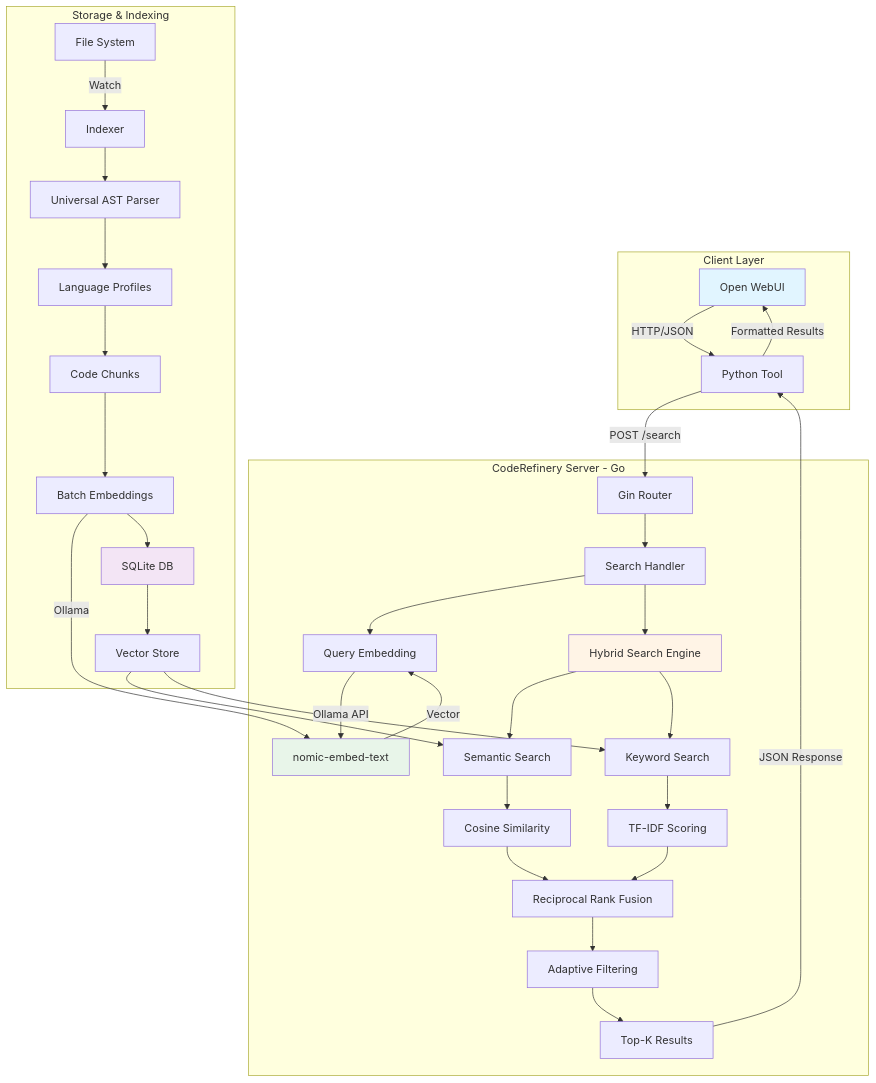
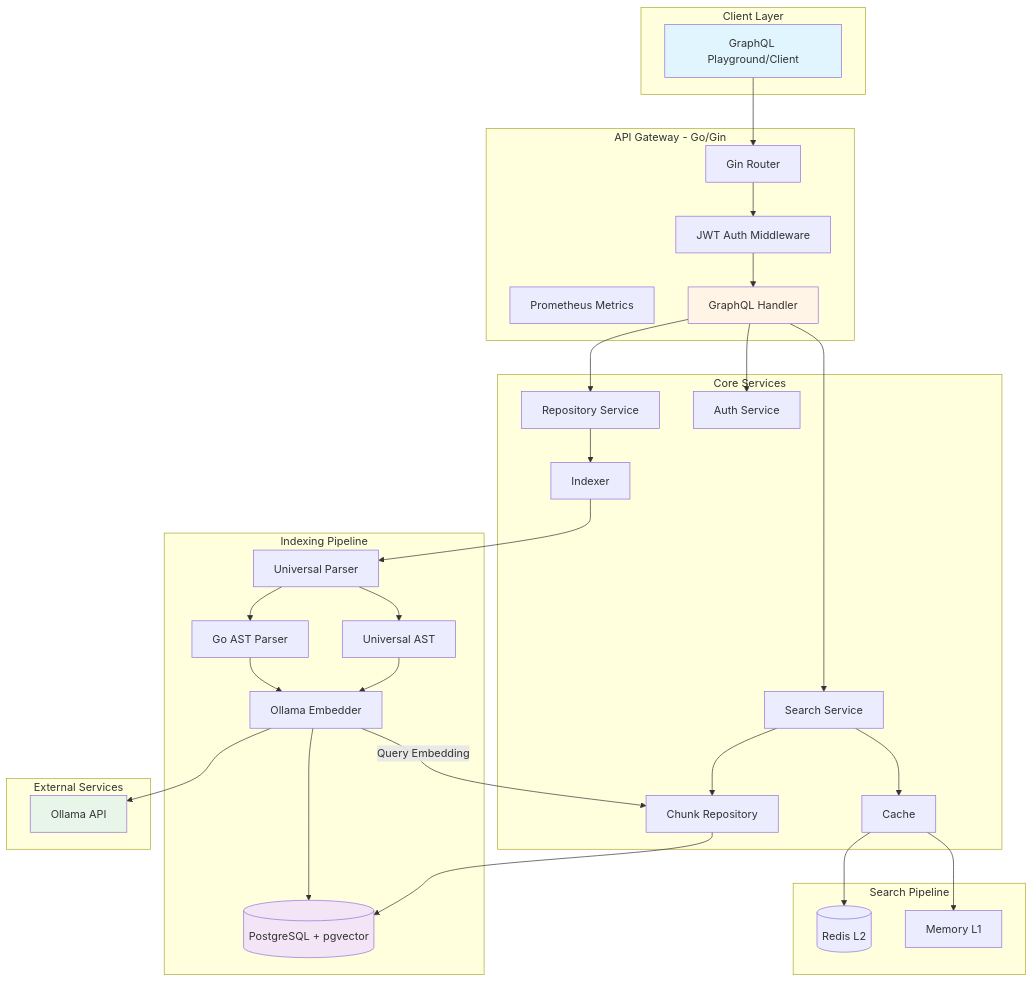
Before and after one commit to marw-dev/coderefinery: the first of 2 diagrams in README.md, drawn with Mermaid. The commit also changed other lines of this file, not shown here.

````diff
--- a/README.md
+++ b/README.md
@@ -7,46 +7,53 @@
 ```mermaid
 graph TB
     subgraph "Client Layer"
-        A[Open WebUI] -->|HTTP/JSON| B[Python Tool]
+        UI[GraphQL Playground/Client]
     end
     
-    subgraph "CodeRefinery Server - Go"
-        B -->|POST /search| C[Gin Router]
-        C --> D[Search Handler]
-        D --> E[Query Embedding]
-        E -->|Ollama API| F[nomic-embed-text]
-        F -->|Vector| E
-        
-        D --> G[Hybrid Search Engine]
-        G --> H[Semantic Search]
-        G --> I[Keyword Search]
-        H --> J[Cosine Similarity]
-        I --> K[TF-IDF Scoring]
-        
-        J --> L[Reciprocal Rank Fusion]
-        K --> L
-        L --> M[Adaptive Filtering]
-        M --> N[Top-K Results]
+    subgraph "API Gateway - Go/Gin"
+        Router[Gin Router]
+        Auth[JWT Auth Middleware]
+        Metrics[Prometheus Metrics]
+        Router --> Auth
+        Auth --> GQL[GraphQL Handler]
     end
     
-    subgraph "Storage & Indexing"
-        O[File System] -->|Watch| P[Indexer]
-        P --> Q[Universal AST Parser]
-        Q --> R[Language Profiles]
-        R --> S[Code Chunks]
-        S --> T[Batch Embeddings]
-        T -->|Ollama| F
-        T --> U[SQLite DB]
-        U --> V[Vector Store]
-        V --> H
-        V --> I
+    subgraph "Core Services"
+        GQL --> RepoSvc[Repository Service]
+        GQL --> SearchSvc[Search Service]
+        GQL --> AuthSvc[Auth Service]
+        
+        RepoSvc --> Indexer
+        SearchSvc --> ChunkRepo[Chunk Repository]
+        SearchSvc --> Cache
     end
     
-    N -->|JSON Response| B
-    B -->|Formatted Results| A
+    subgraph "Indexing Pipeline"
+        Indexer --> Parser[Universal Parser]
+        Parser --> GoParser[Go AST Parser]
+        Parser --> UniversalAST[Universal AST]
+        
+        GoParser --> Embedder[Ollama Embedder]
+        UniversalAST --> Embedder
+        
+        Embedder --> VectorDB[(PostgreSQL + pgvector)]
+    end
     
-    style A fill:#e1f5ff
-    style G fill:#fff4e6
-    style U fill:#f3e5f5
-    style F fill:#e8f5e9
+    subgraph "Search Pipeline"
+        ChunkRepo --> VectorDB
+        Embedder --> |Query Embedding| ChunkRepo
+        Cache --> Redis[(Redis L2)]
+        Cache --> Memory[Memory L1]
+    end
+    
+    subgraph "External Services"
+        Embedder --> Ollama[Ollama API]
+    end
+    
+    UI --> Router
+    
+    style UI fill:#e1f5ff
+    style GQL fill:#fff4e6
+    style VectorDB fill:#f3e5f5
+    style Ollama fill:#e8f5e9
 ```
````
